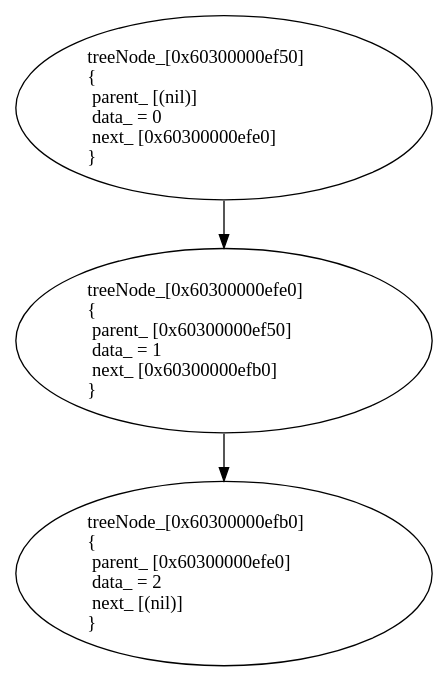
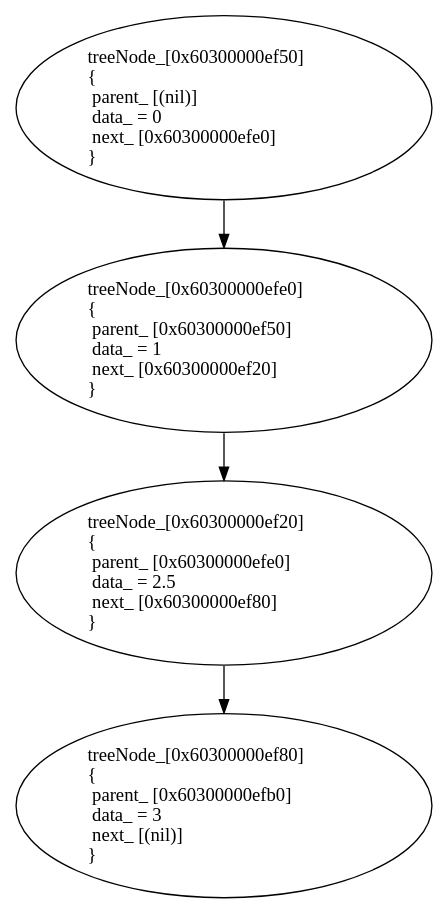
One commit to inedostoev/Ilab-Technotrack changed the diagram in Technotrack/List/dumpFile.gv. Above: the diagram before and after it, drawn with Graphviz. The commit also changed 3 other files, not shown here.

```diff
--- a/Technotrack/List/dumpFile.gv
+++ b/Technotrack/List/dumpFile.gv
@@ -1,7 +1,9 @@
 digraph graf {
 treeNode_0x60300000ef50 [label="treeNode_[0x60300000ef50]\l{\l  parent_ [(nil)]\l  data_ = 0\l  next_ [0x60300000efe0]\l}\l"]
 treeNode_0x60300000ef50->treeNode_0x60300000efe0
-treeNode_0x60300000efe0 [label="treeNode_[0x60300000efe0]\l{\l  parent_ [0x60300000ef50]\l  data_ = 1\l  next_ [0x60300000efb0]\l}\l"]
-treeNode_0x60300000efe0->treeNode_0x60300000efb0
-treeNode_0x60300000efb0 [label="treeNode_[0x60300000efb0]\l{\l  parent_ [0x60300000efe0]\l  data_ = 2\l  next_ [(nil)]\l}\l"]
+treeNode_0x60300000efe0 [label="treeNode_[0x60300000efe0]\l{\l  parent_ [0x60300000ef50]\l  data_ = 1\l  next_ [0x60300000ef20]\l}\l"]
+treeNode_0x60300000efe0->treeNode_0x60300000ef20
+treeNode_0x60300000ef20 [label="treeNode_[0x60300000ef20]\l{\l  parent_ [0x60300000efe0]\l  data_ = 2.5\l  next_ [0x60300000ef80]\l}\l"]
+treeNode_0x60300000ef20->treeNode_0x60300000ef80
+treeNode_0x60300000ef80 [label="treeNode_[0x60300000ef80]\l{\l  parent_ [0x60300000efb0]\l  data_ = 3\l  next_ [(nil)]\l}\l"]
 }
```
